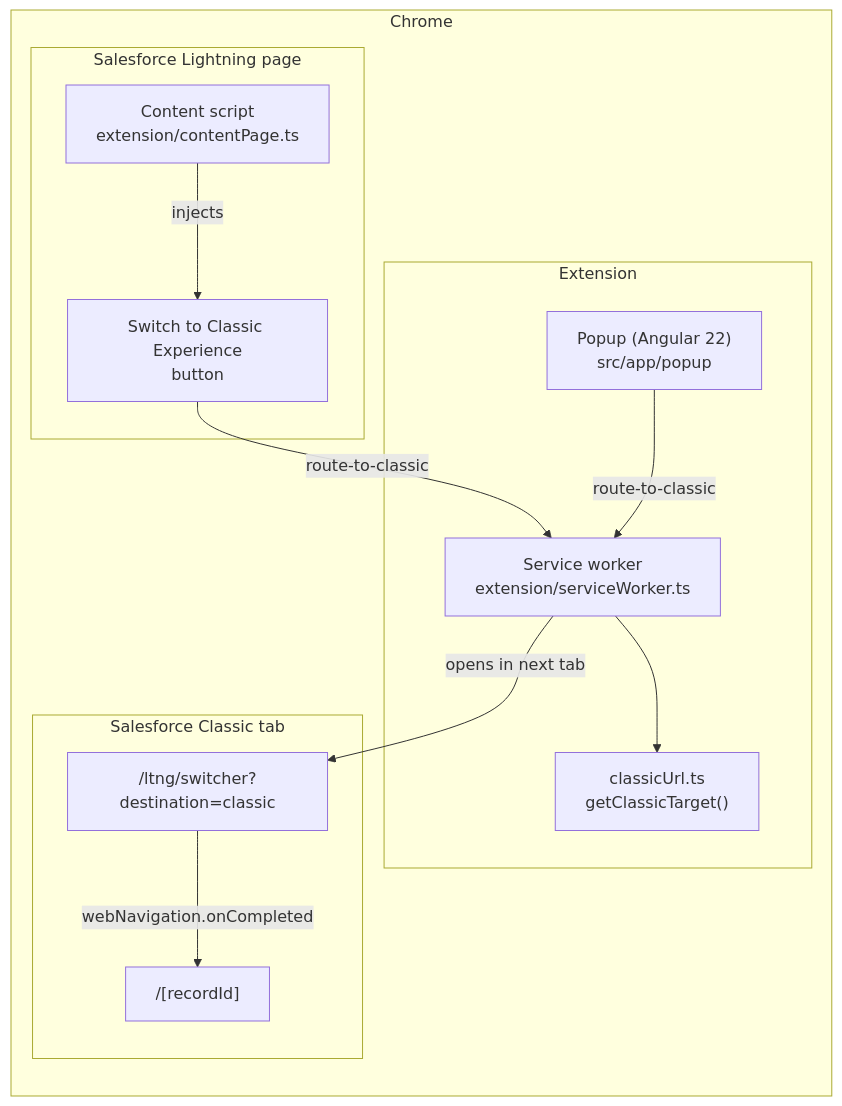
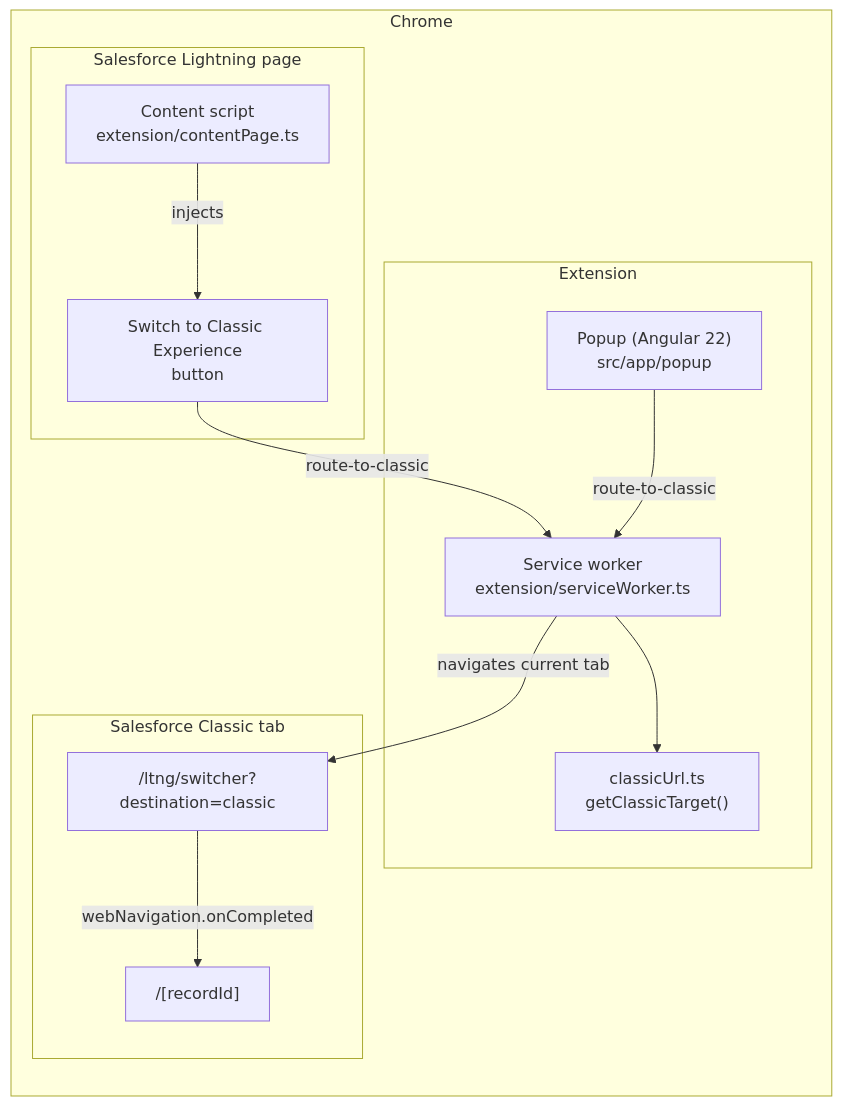
Before and after one commit to selegic/switch-to-classic: the first of 3 diagrams in docs/architecture.md, drawn with Mermaid. The commit also changed other lines of this file and 8 other files, not shown here.

First line of the commit message:
feat: switch in the current tab; open Classic object home from list views (#18)

````diff
--- a/docs/architecture.md
+++ b/docs/architecture.md
@@ -6,29 +6,29 @@
 ```mermaid
 flowchart LR
     subgraph Browser["Chrome"]
         direction TB
 
         subgraph Lightning["Salesforce Lightning page"]
             CS["Content script<br/>extension/contentPage.ts"]
             BTN["Switch to Classic Experience<br/>button"]
             CS -->|injects| BTN
         end
 
         subgraph Extension["Extension"]
             POP["Popup (Angular 22)<br/>src/app/popup"]
             SW["Service worker<br/>extension/serviceWorker.ts"]
             URL["classicUrl.ts<br/>getClassicTarget()"]
         end
 
         subgraph Classic["Salesforce Classic tab"]
             SWITCHER["/ltng/switcher?destination=classic"]
             RECORD["/[recordId]"]
         end
     end
 
     BTN -->|"route-to-classic"| SW
     POP -->|"route-to-classic"| SW
     SW --> URL
-    SW -->|opens in next tab| SWITCHER
+    SW -->|navigates current tab| SWITCHER
     SWITCHER -->|"webNavigation.onCompleted"| RECORD
 ```
````
